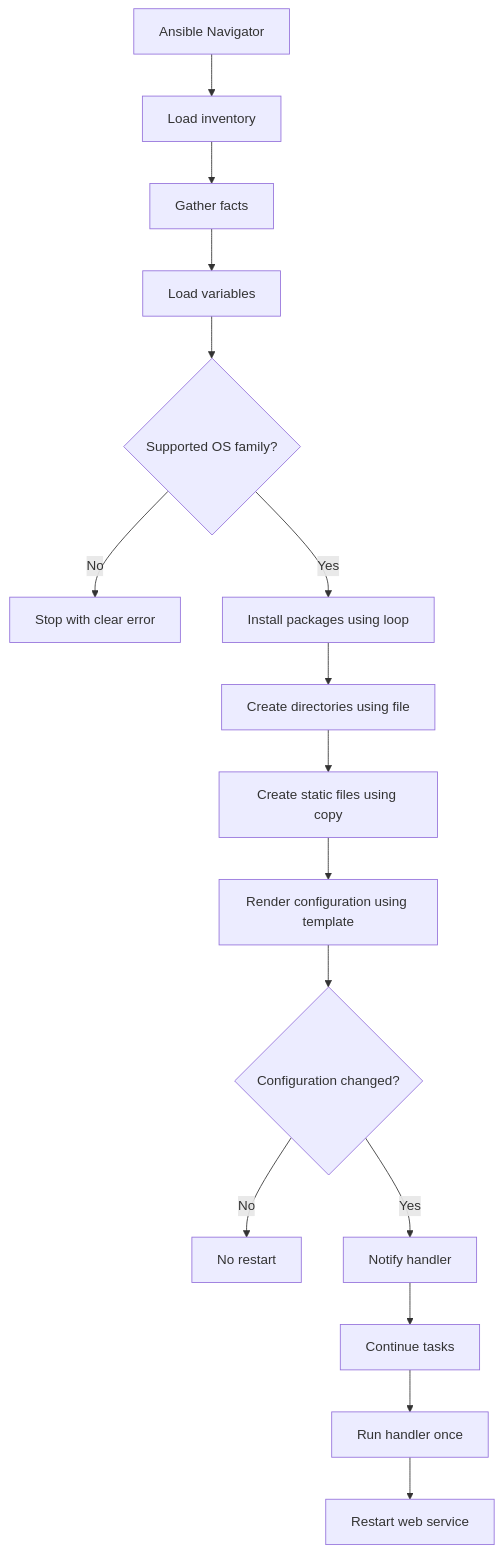
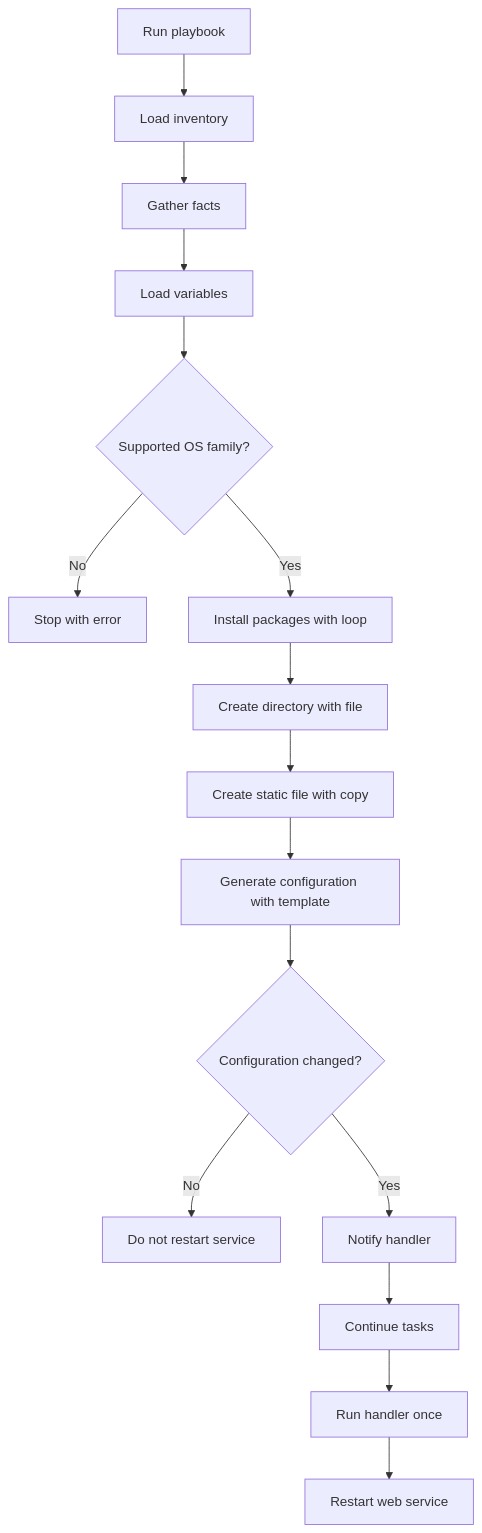
One commit to Ansible-workshop-ch/bootcamp changed the fourth of 4 diagrams in module05/conditions-loops-handlers-templates.md. Above: the diagram before and after it, drawn with Mermaid. The commit also changed other lines of this file, not shown here.

````diff
--- a/module05/conditions-loops-handlers-templates.md
+++ b/module05/conditions-loops-handlers-templates.md
@@ -478,22 +434,22 @@
 ```mermaid
 flowchart TD
-    A[Ansible Navigator] --> B[Load inventory]
+    A[Run playbook] --> B[Load inventory]
     B --> C[Gather facts]
     C --> D[Load variables]
 
     D --> E{Supported OS family?}
-    E -->|No| F[Stop with clear error]
-    E -->|Yes| G[Install packages using loop]
+    E -->|No| F[Stop with error]
+    E -->|Yes| G[Install packages with loop]
 
-    G --> H[Create directories using file]
-    H --> I[Create static files using copy]
-    I --> J[Render configuration using template]
+    G --> H[Create directory with file]
+    H --> I[Create static file with copy]
+    I --> J[Generate configuration with template]
 
     J --> K{Configuration changed?}
-    K -->|No| L[No restart]
+    K -->|No| L[Do not restart service]
     K -->|Yes| M[Notify handler]
 
     M --> N[Continue tasks]
     N --> O[Run handler once]
     O --> P[Restart web service]
 ```
````
